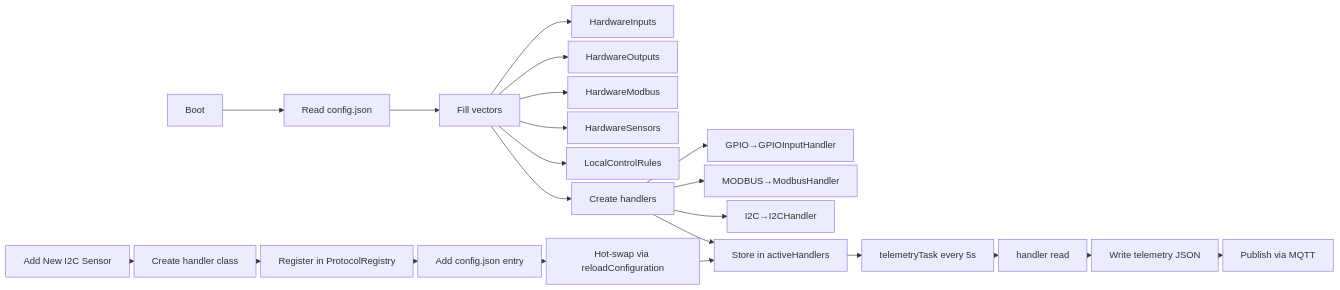
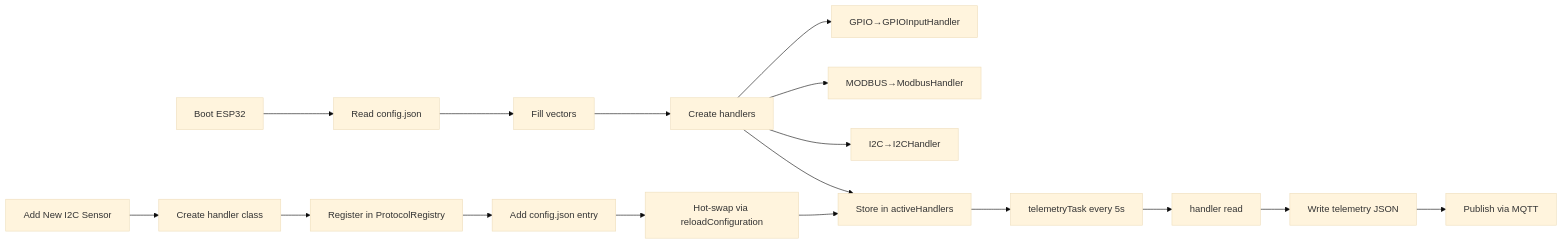
Before and after one commit to Rezen351/enyx-enterprise: diagram 12 of 26 in docs/bab3.md, drawn with Mermaid.

Commit message:
docs: increase flowchart font size to 80 for better readability

````diff
--- a/docs/bab3.md
+++ b/docs/bab3.md
@@ -1311,25 +1311,20 @@
 ```mermaid
-%%{init: {'flowchart': {'nodeSpacing': 6, 'rankSpacing': 8, 'fontSize': 32}}}%%
+%%{init: {'theme': 'base', 'flowchart': {'fontSize': 80}}}%%
 flowchart LR
-    A[Boot] --> B[Read config.json]
+    A[Boot ESP32] --> B[Read config.json]
     B --> C[Fill vectors]
-    C --> C1[HardwareInputs]
-    C --> C2[HardwareOutputs]
-    C --> C3[HardwareModbus]
-    C --> C4[HardwareSensors]
-    C --> C5[LocalControlRules]
     C --> D[Create handlers]
     D --> D1[GPIO→GPIOInputHandler]
     D --> D2[MODBUS→ModbusHandler]
     D --> D3[I2C→I2CHandler]
     D --> E[Store in activeHandlers]
     E --> F[telemetryTask every 5s]
     F --> G[handler read]
     G --> H[Write telemetry JSON]
     H --> I[Publish via MQTT]
     J[Add New I2C Sensor] --> K[Create handler class]
     K --> L[Register in ProtocolRegistry]
     L --> M[Add config.json entry]
     M --> N[Hot-swap via reloadConfiguration]
     N --> E
 ```
````
